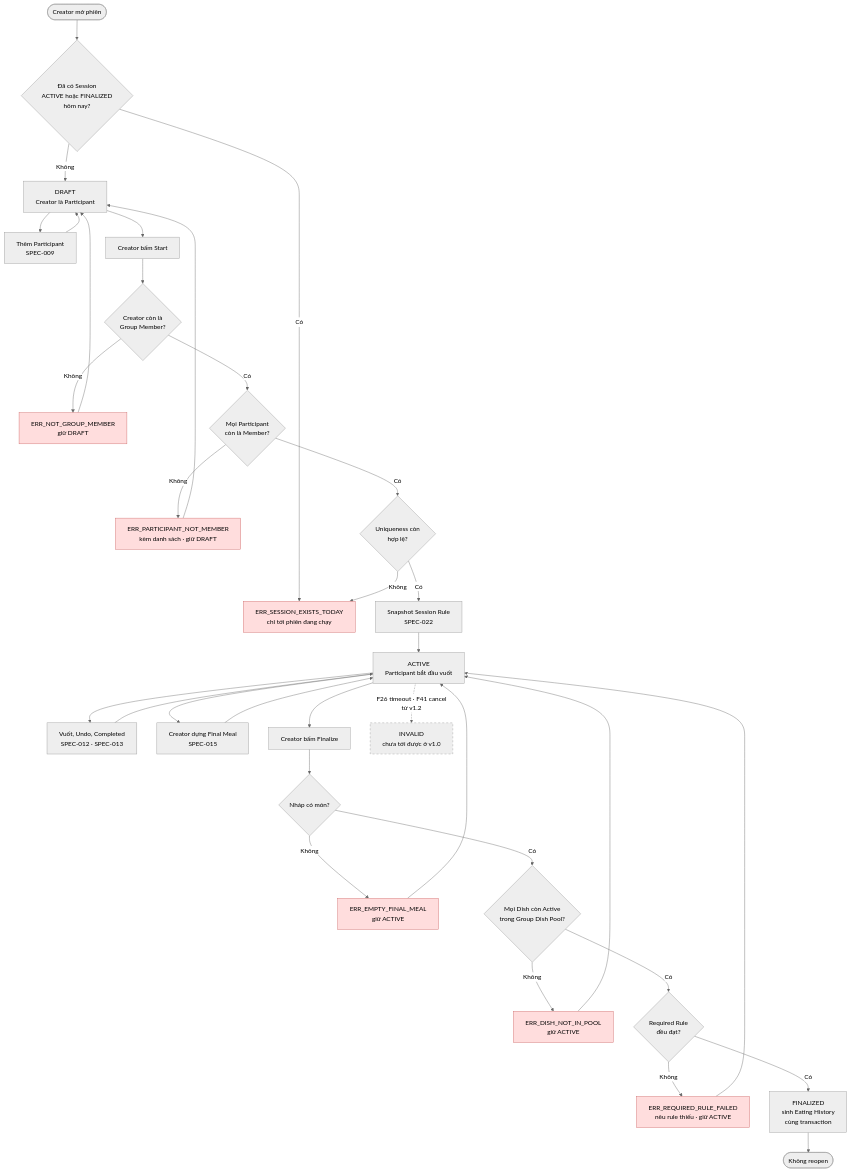
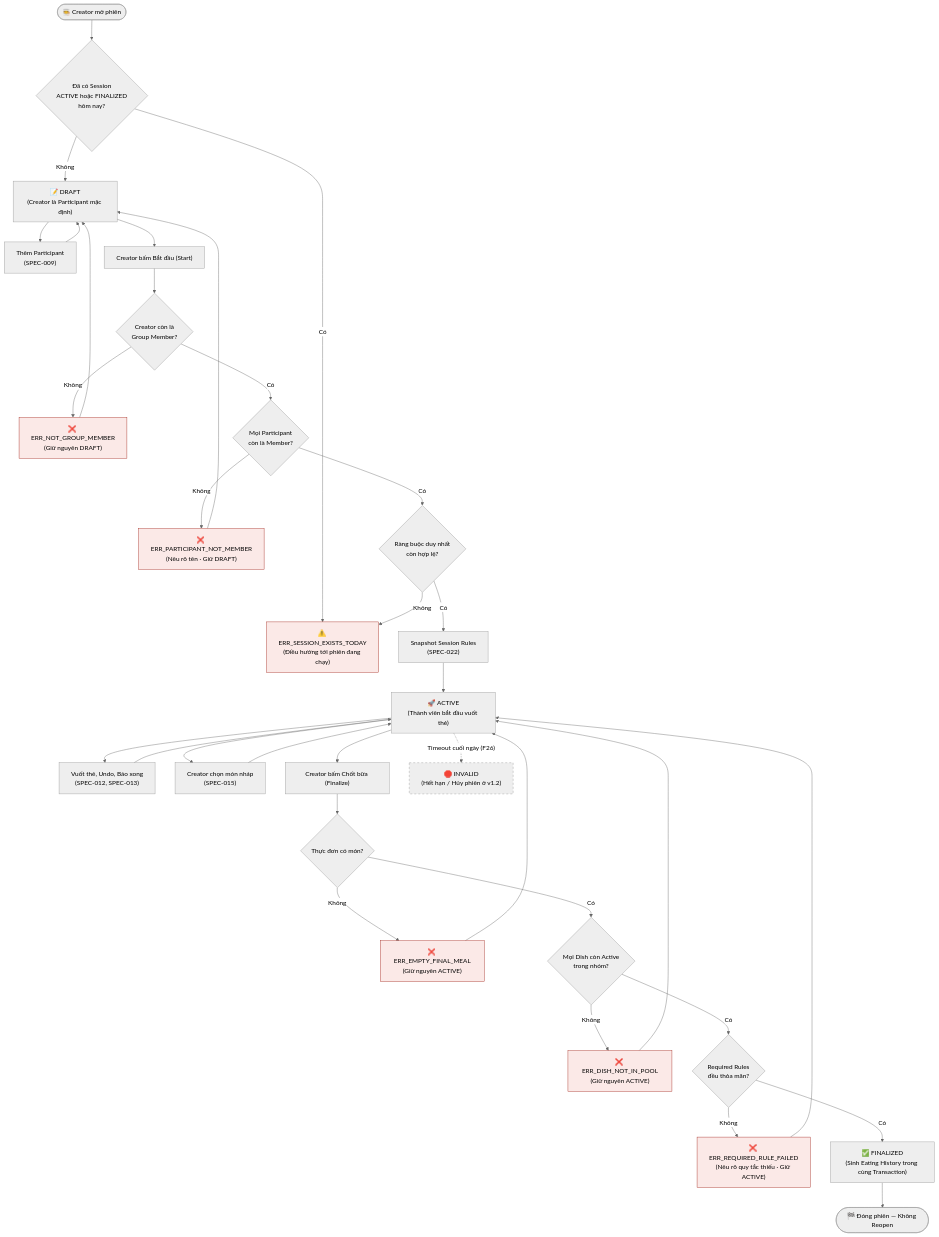
The fourth of 5 diagrams in docs/what-we-gonna-eat-today_diagrams_v0_1.md (trinhquocthinh/What-we-gonna-eat-today), drawn with Mermaid (neutral theme) before and after one commit. The commit also changed other lines of this file and 25 other files, not shown here.

````diff
--- a/docs/what-we-gonna-eat-today_diagrams_v0_1.md
+++ b/docs/what-we-gonna-eat-today_diagrams_v0_1.md
@@ -254,53 +267,53 @@
 ```mermaid
 flowchart TD
-    start([Creator mở phiên]) --> chk1{"Đã có Session<br/>ACTIVE hoặc FINALIZED<br/>hôm nay?"}
-    chk1 -->|Có| e1["ERR_SESSION_EXISTS_TODAY<br/>chỉ tới phiên đang chạy"]
-    chk1 -->|Không| draft["DRAFT<br/>Creator là Participant"]
+    start([🧑‍🍳 Creator mở phiên]) --> chk1{"Đã có Session<br/>ACTIVE hoặc FINALIZED<br/>hôm nay?"}
+    chk1 -->|Có| e1["⚠️ ERR_SESSION_EXISTS_TODAY<br/>(Điều hướng tới phiên đang chạy)"]
+    chk1 -->|Không| draft["📝 DRAFT<br/>(Creator là Participant mặc định)"]
 
-    draft --> addp["Thêm Participant<br/>SPEC-009"]
+    draft --> addp["Thêm Participant<br/>(SPEC-009)"]
     addp --> draft
-    draft --> startbtn["Creator bấm Start"]
+    draft --> startbtn["Creator bấm Bắt đầu (Start)"]
 
     startbtn --> v1{"Creator còn là<br/>Group Member?"}
-    v1 -->|Không| e2["ERR_NOT_GROUP_MEMBER<br/>giữ DRAFT"]
+    v1 -->|Không| e2["❌ ERR_NOT_GROUP_MEMBER<br/>(Giữ nguyên DRAFT)"]
     v1 -->|Có| v2{"Mọi Participant<br/>còn là Member?"}
-    v2 -->|Không| e3["ERR_PARTICIPANT_NOT_MEMBER<br/>kèm danh sách · giữ DRAFT"]
-    v2 -->|Có| v3{"Uniqueness còn<br/>hợp lệ?"}
+    v2 -->|Không| e3["❌ ERR_PARTICIPANT_NOT_MEMBER<br/>(Nêu rõ tên · Giữ DRAFT)"]
+    v2 -->|Có| v3{"Ràng buộc duy nhất<br/>còn hợp lệ?"}
     v3 -->|Không| e1
-    v3 -->|Có| snap["Snapshot Session Rule<br/>SPEC-022"]
+    v3 -->|Có| snap["Snapshot Session Rules<br/>(SPEC-022)"]
 
-    snap --> active["ACTIVE<br/>Participant bắt đầu vuốt"]
+    snap --> active["🚀 ACTIVE<br/>(Thành viên bắt đầu vuốt thẻ)"]
 
-    active --> swipe["Vuốt, Undo, Completed<br/>SPEC-012 · SPEC-013"]
+    active --> swipe["Vuốt thẻ, Undo, Báo xong<br/>(SPEC-012, SPEC-013)"]
     swipe --> active
-    active --> compose["Creator dựng Final Meal<br/>SPEC-015"]
+    active --> compose["Creator chọn món nháp<br/>(SPEC-015)"]
     compose --> active
 
-    active --> fin["Creator bấm Finalize"]
-    fin --> f1{"Nháp có món?"}
-    f1 -->|Không| e4["ERR_EMPTY_FINAL_MEAL<br/>giữ ACTIVE"]
-    f1 -->|Có| f2{"Mọi Dish còn Active<br/>trong Group Dish Pool?"}
-    f2 -->|Không| e5["ERR_DISH_NOT_IN_POOL<br/>giữ ACTIVE"]
-    f2 -->|Có| f3{"Required Rule<br/>đều đạt?"}
-    f3 -->|Không| e6["ERR_REQUIRED_RULE_FAILED<br/>nêu rule thiếu · giữ ACTIVE"]
-    f3 -->|Có| done["FINALIZED<br/>sinh Eating History<br/>cùng transaction"]
+    active --> fin["Creator bấm Chốt bữa (Finalize)"]
+    fin --> f1{"Thực đơn có món?"}
+    f1 -->|Không| e4["❌ ERR_EMPTY_FINAL_MEAL<br/>(Giữ nguyên ACTIVE)"]
+    f1 -->|Có| f2{"Mọi Dish còn Active<br/>trong nhóm?"}
+    f2 -->|Không| e5["❌ ERR_DISH_NOT_IN_POOL<br/>(Giữ nguyên ACTIVE)"]
+    f2 -->|Có| f3{"Required Rules<br/>đều thỏa mãn?"}
+    f3 -->|Không| e6["❌ ERR_REQUIRED_RULE_FAILED<br/>(Nêu rõ quy tắc thiếu · Giữ ACTIVE)"]
+    f3 -->|Có| done["✅ FINALIZED<br/>(Sinh Eating History trong cùng Transaction)"]
 
-    done --> stop([Không reopen])
+    done --> stop([🏁 Đóng phiên — Không Reopen])
 
     e2 --> draft
     e3 --> draft
     e4 --> active
     e5 --> active
     e6 --> active
 
-    invalid["INVALID<br/>chưa tới được ở v1.0"]
-    active -.->|"F26 timeout · F41 cancel<br/>từ v1.2"| invalid
+    invalid["🛑 INVALID<br/>(Hết hạn / Hủy phiên ở v1.2)"]
+    active -.->|"Timeout cuối ngày (F26)"| invalid
 
     style invalid stroke-dasharray: 5 5
-    style e1 fill:#fdd,stroke:#c66
-    style e2 fill:#fdd,stroke:#c66
-    style e3 fill:#fdd,stroke:#c66
-    style e4 fill:#fdd,stroke:#c66
-    style e5 fill:#fdd,stroke:#c66
-    style e6 fill:#fdd,stroke:#c66
+    style e1 fill:#FBE9E7,stroke:#A3261C
+    style e2 fill:#FBE9E7,stroke:#A3261C
+    style e3 fill:#FBE9E7,stroke:#A3261C
+    style e4 fill:#FBE9E7,stroke:#A3261C
+    style e5 fill:#FBE9E7,stroke:#A3261C
+    style e6 fill:#FBE9E7,stroke:#A3261C
 ```
````
